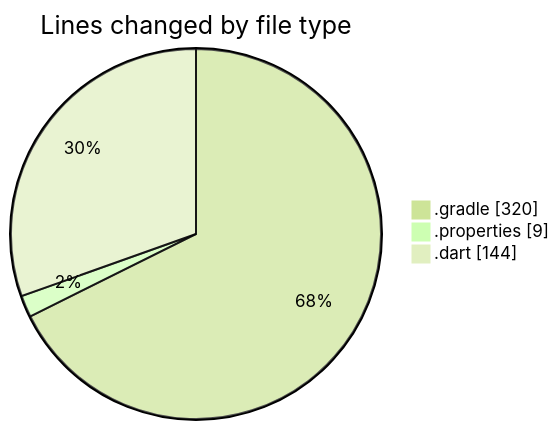
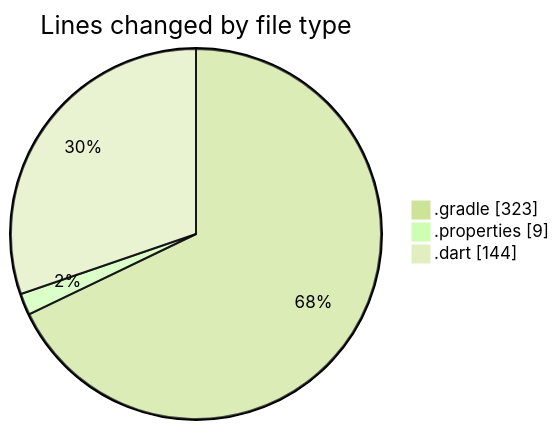
Before and after one commit to donsfak/code-tracking: the first of 2 diagrams in 2025-02-16/trackers_app/README.md, drawn with Mermaid (forest theme). The commit also changed other lines of this file and 1 other file, not shown here.

````diff
--- a/2025-02-16/trackers_app/README.md
+++ b/2025-02-16/trackers_app/README.md
@@ -23,7 +23,7 @@
 ```mermaid
 pie showData
 title Lines changed by file type
-".gradle" : 320
+".gradle" : 323
 ".properties" : 9
 ".dart" : 144
 ```
````
